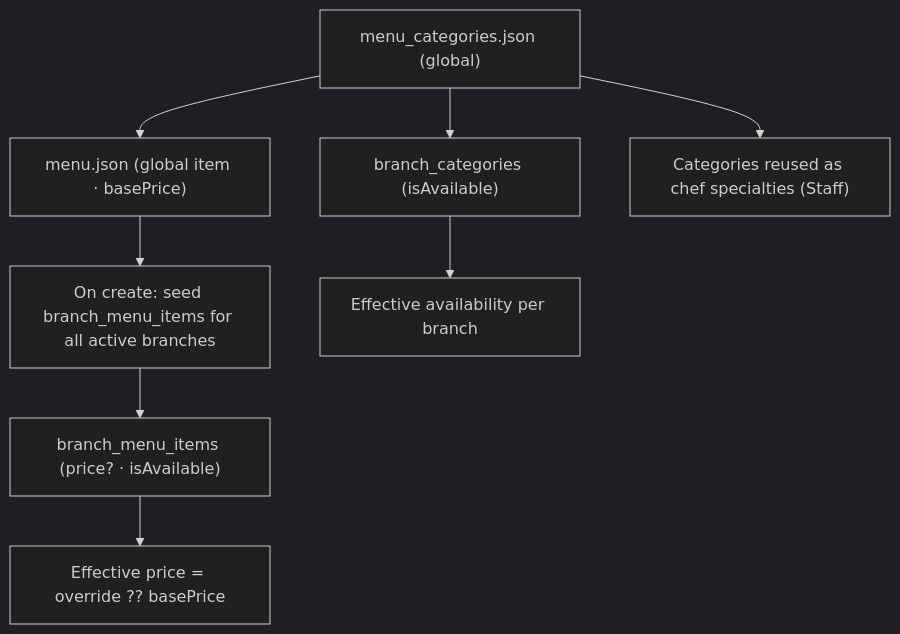
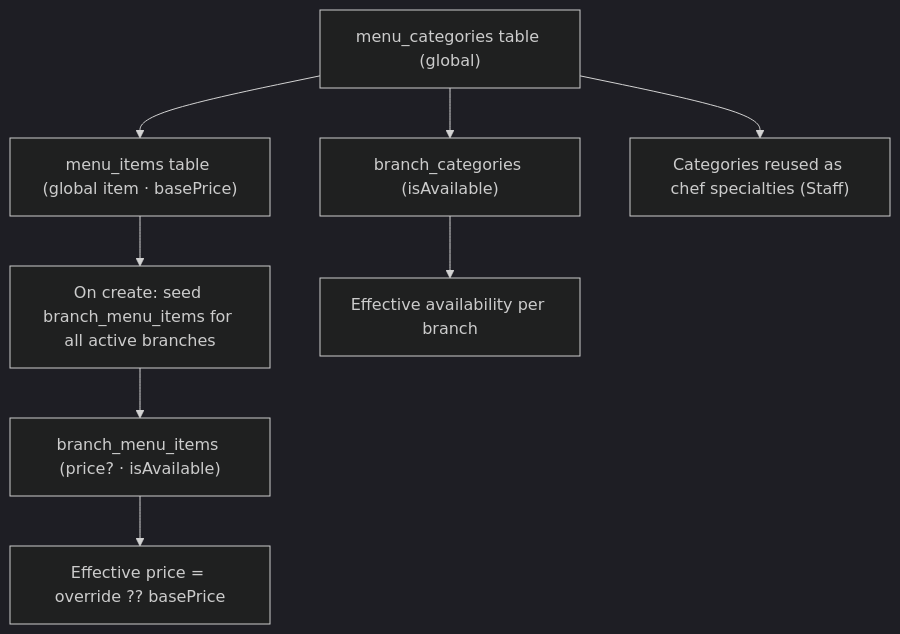
One commit to AbhishekS-381/Sree-Vaishnaves-Management changed diagram 12 of 15 in Documentations/MODULE-MAPS.md. Above: the diagram before and after it, drawn with Mermaid (dark theme). The commit also changed other lines of this file and 159 other files, not shown here.

````diff
--- a/Documentations/MODULE-MAPS.md
+++ b/Documentations/MODULE-MAPS.md
@@ -285,12 +290,12 @@
 ```mermaid
 flowchart TD
-  CAT["menu_categories.json (global)"]
-  ITEM["menu.json (global item · basePrice)"]
+  CAT["menu_categories table (global)"]
+  ITEM["menu_items table (global item · basePrice)"]
   CAT --> ITEM
   ITEM --> SEED["On create: seed branch_menu_items for all active branches"]
   SEED --> BMI["branch_menu_items (price? · isAvailable)"]
   CAT --> BCAT["branch_categories (isAvailable)"]
   BMI --> EFF["Effective price = override ?? basePrice"]
   BCAT --> EFFAVAIL["Effective availability per branch"]
   CAT --> SPEC["Categories reused as chef specialties (Staff)"]
 ```
````
